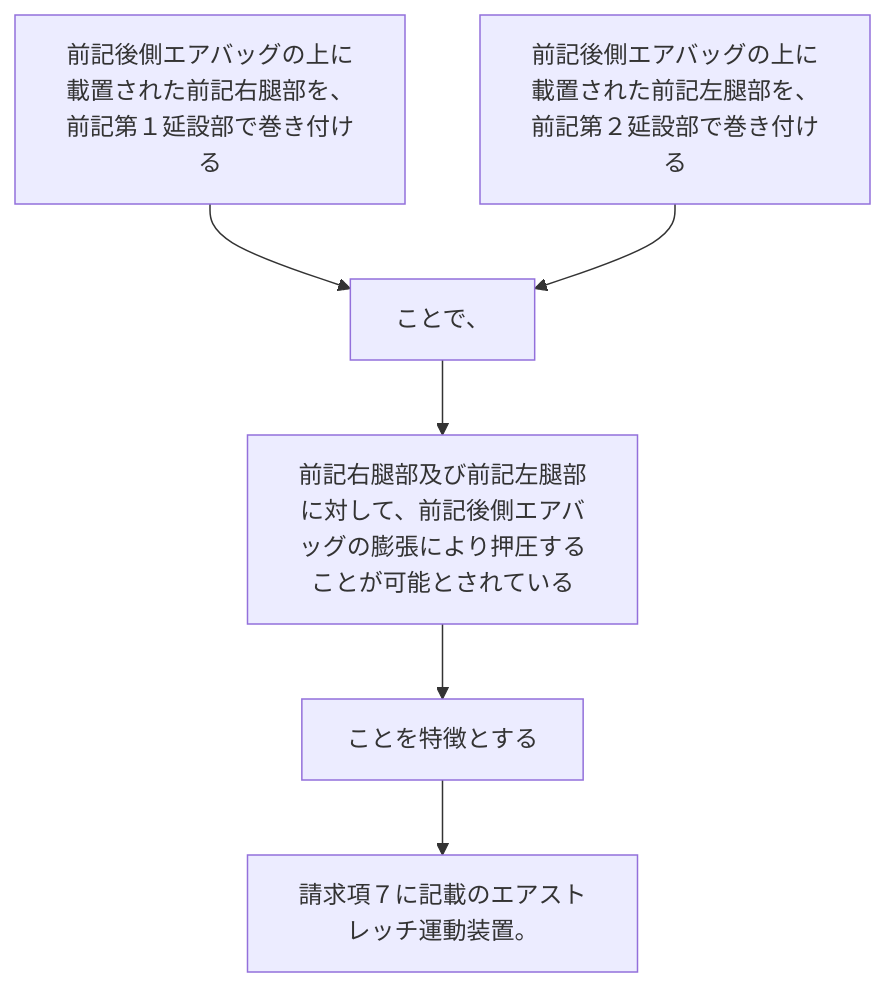
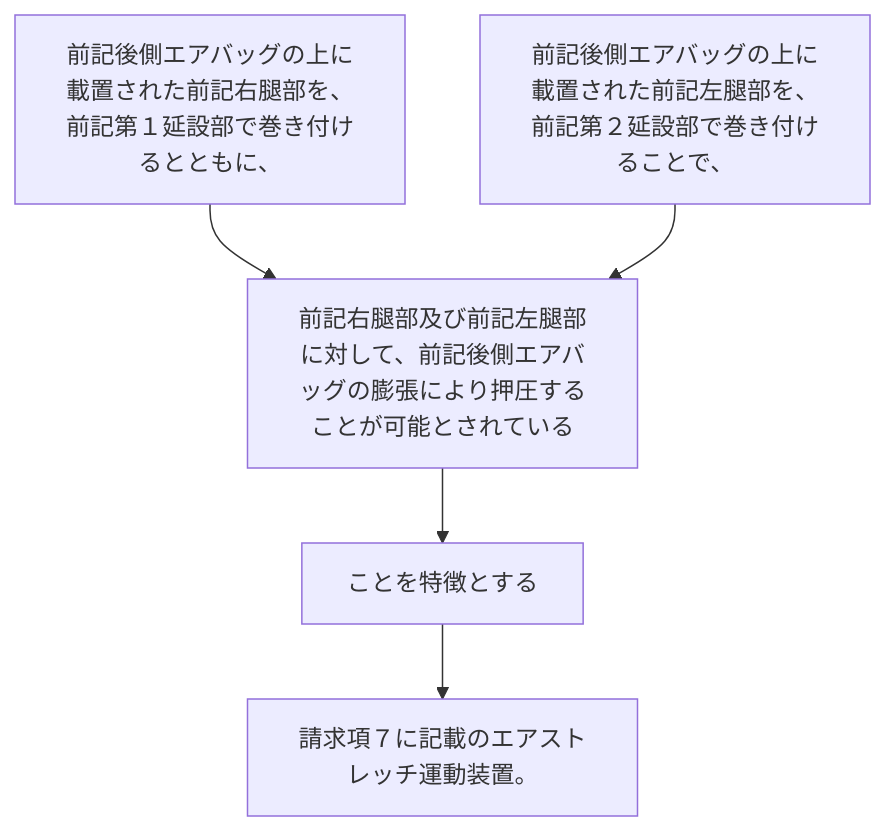
Before and after one commit to shinmori55/patent_analyzed: the diagram in 2024/JP2024021337A/claim_8/README.md, drawn with Mermaid. The commit also changed 336 other files, not shown here.

````diff
--- a/2024/JP2024021337A/claim_8/README.md
+++ b/2024/JP2024021337A/claim_8/README.md
@@ -4,14 +4,12 @@
 ```mermaid
 flowchart TD
-A[前記後側エアバッグの上に載置された前記右腿部を、前記第１延設部で巻き付ける]
-B[前記後側エアバッグの上に載置された前記左腿部を、前記第２延設部で巻き付ける]
-C[ことで、]
-D[前記右腿部及び前記左腿部に対して、前記後側エアバッグの膨張により押圧することが可能とされている]
-E[ことを特徴とする]
-F[請求項７に記載のエアストレッチ運動装置。]
+A[前記後側エアバッグの上に載置された前記右腿部を、前記第１延設部で巻き付けるとともに、]
+B[前記後側エアバッグの上に載置された前記左腿部を、前記第２延設部で巻き付けることで、]
+C[前記右腿部及び前記左腿部に対して、前記後側エアバッグの膨張により押圧することが可能とされている]
+D[ことを特徴とする]
+E[請求項７に記載のエアストレッチ運動装置。]
 A --> C
 B --> C
 C --> D
 D --> E
-E --> F
 ```
````
